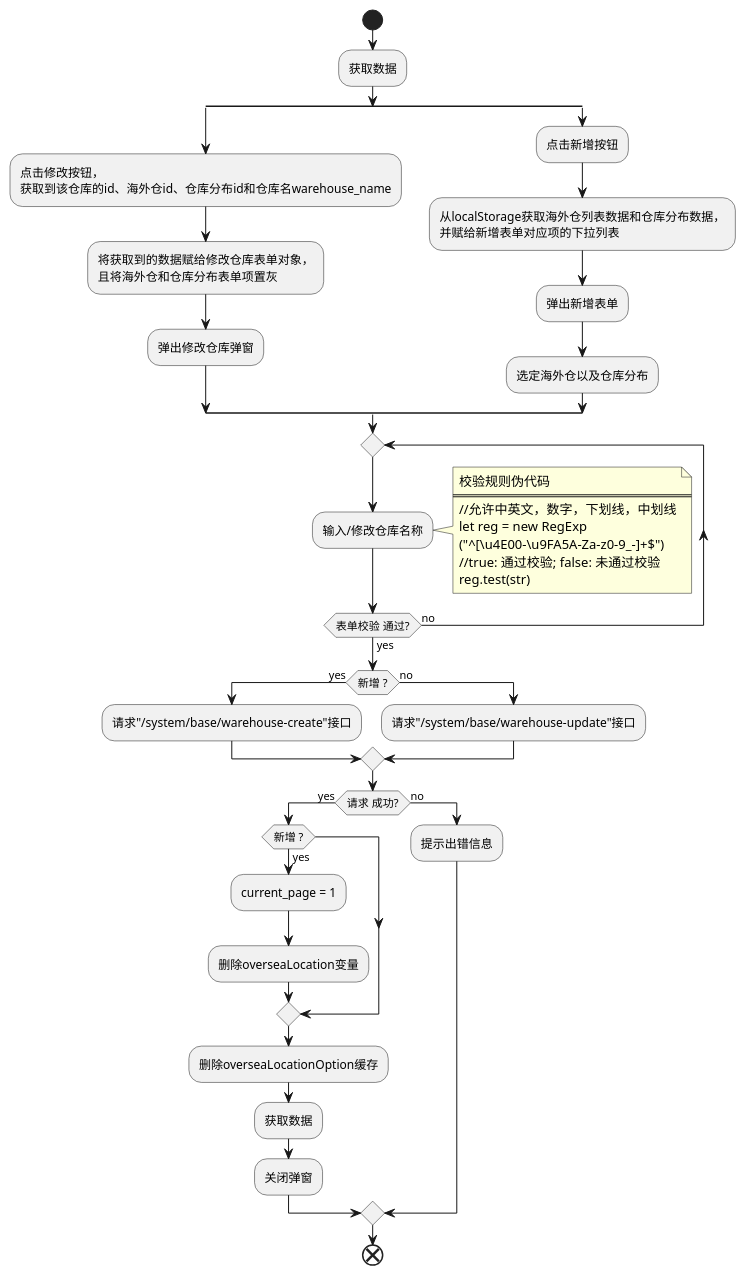
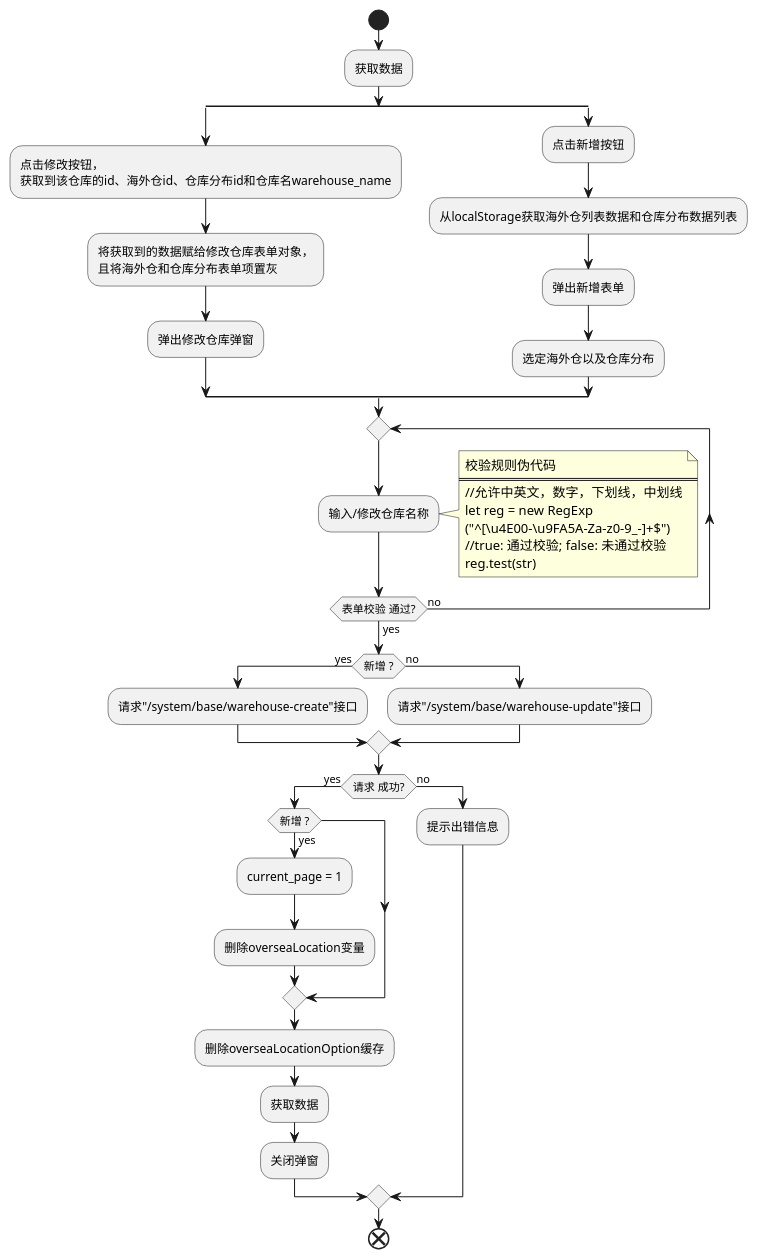
One commit to futurekidult/lis changed the diagram in docs/development-flow-diagram.puml/system/get-warehouse.puml. Above: the diagram before and after it, drawn with PlantUML. The commit also changed 5 other files, not shown here.

```diff
--- a/docs/development-flow-diagram.puml/system/get-warehouse.puml
+++ b/docs/development-flow-diagram.puml/system/get-warehouse.puml
@@ -1,48 +1,47 @@
 @startuml
 
 start
 :获取数据;
 split
   :点击修改按钮，
   获取到该仓库的id、海外仓id、仓库分布id和仓库名warehouse_name;
   :将获取到的数据赋给修改仓库表单对象，
   且将海外仓和仓库分布表单项置灰;
   :弹出修改仓库弹窗;
 split again
   :点击新增按钮;
-  :从localStorage获取海外仓列表数据和仓库分布数据，
-  并赋给新增表单对应项的下拉列表;
+  :从localStorage获取海外仓列表数据和仓库分布数据列表;
   :弹出新增表单;
   :选定海外仓以及仓库分布;
 end split
 repeat
     :输入/修改仓库名称;
   repeat while(表单校验 通过?) is (no) not (yes)
   note right 
     校验规则伪代码
     ====
     //允许中英文，数字，下划线，中划线
     let reg = new RegExp
     ("^[\u4E00-\u9FA5A-Za-z0-9_-]+$")
     //true: 通过校验; false: 未通过校验
     reg.test(str) 
   end note
   if(新增 ?) then (yes)
     :请求"/system/base/warehouse-create"接口;
   else (no)
     :请求"/system/base/warehouse-update"接口;
   endif
   if(请求 成功?) then (yes)
    if(新增 ?) then (yes)
       :current_page = 1;
       :删除overseaLocation变量;
     endif
     :删除overseaLocationOption缓存;
     :获取数据;
     :关闭弹窗;
   else (no)
     :提示出错信息;
   endif
 end
 
 @enduml
```
